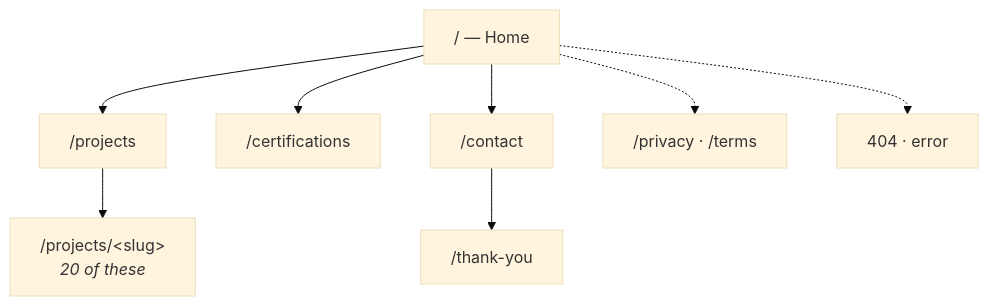
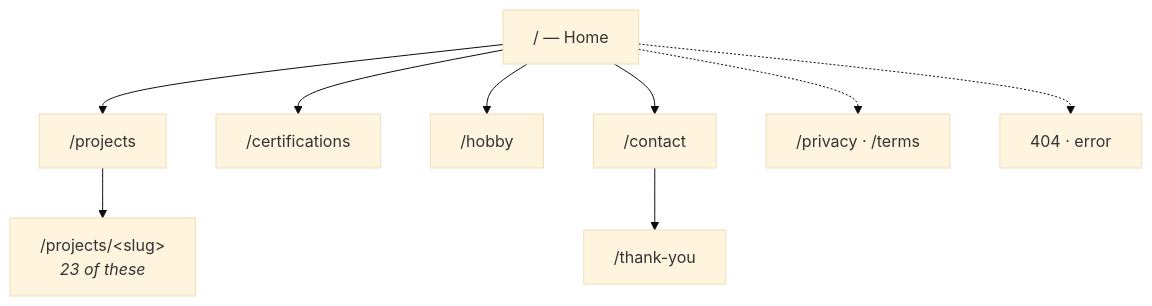
One commit to Srinivasan-78/srinivasan-78.github.io changed the fourth of 11 diagrams in README.md. Above: the diagram before and after it, drawn with Mermaid (base theme). The commit also changed other lines of this file and 9 other files, not shown here.

````diff
--- a/README.md
+++ b/README.md
@@ -133,17 +149,19 @@
 ```mermaid
 flowchart TD
     H["/ — Home"]
     P["/projects"]
-    PD["/projects/&lt;slug&gt;<br/><i>20 of these</i>"]
+    PD["/projects/&lt;slug&gt;<br/><i>23 of these</i>"]
     C["/certifications"]
+    B["/hobby"]
     K["/contact"]
     T["/thank-you"]
     L["/privacy · /terms"]
     E["404 · error"]
 
     H --> P --> PD
     H --> C
+    H --> B
     H --> K --> T
     H -.-> L
     H -.-> E
 ```
````
